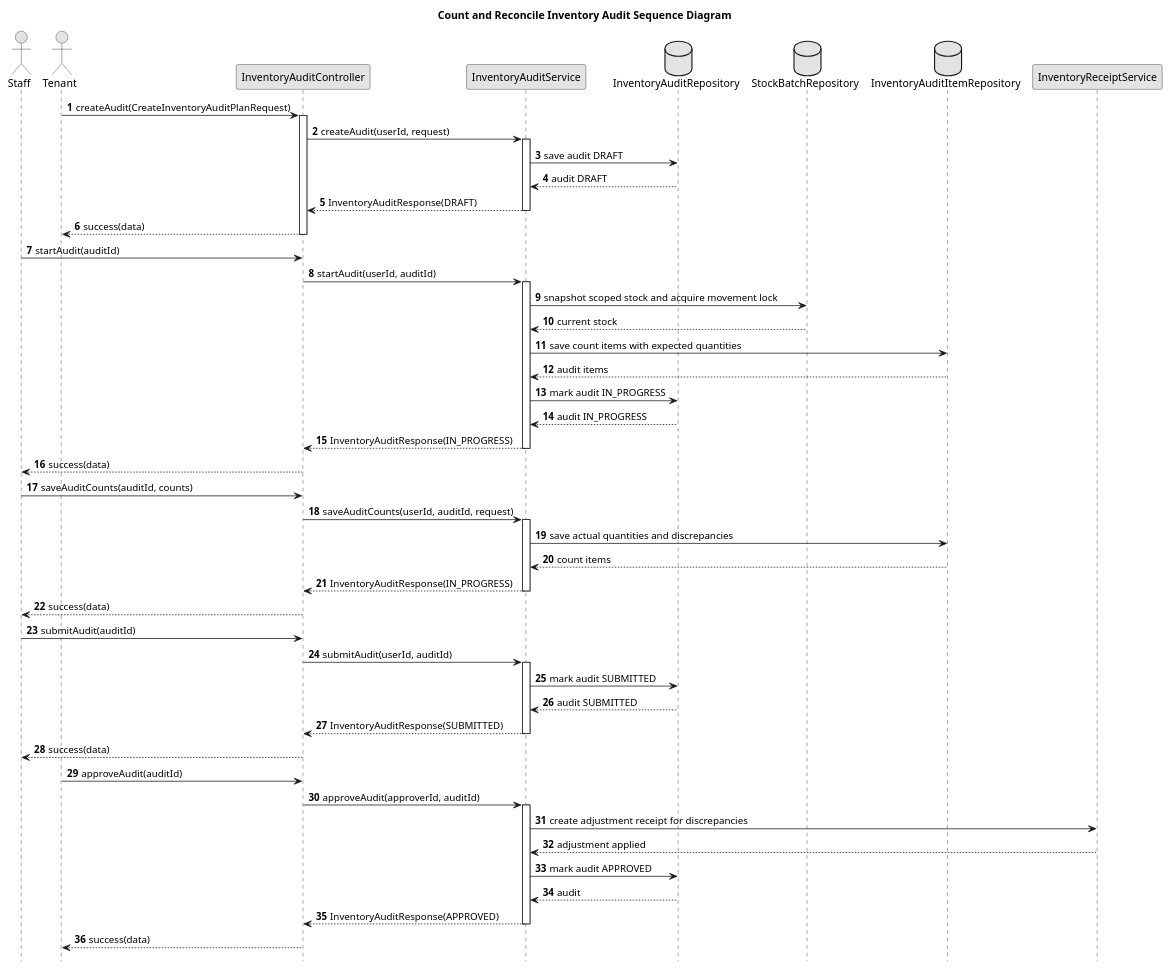
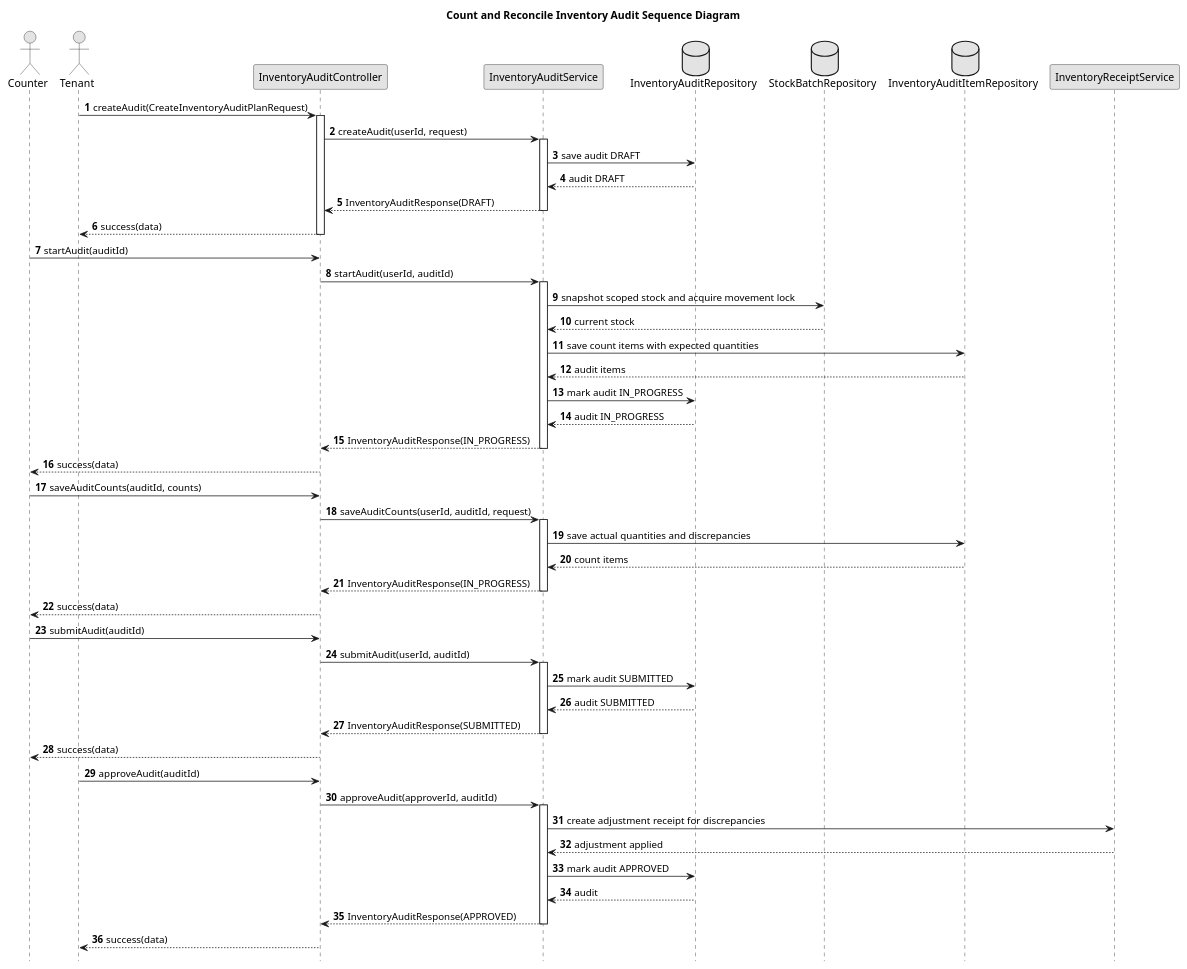
One commit to vinhleechem/StockSpace_BE changed the second of 3 diagrams in docs/review3/diagrams/inventory-audit.md. Above: the diagram before and after it, drawn with PlantUML. The commit also changed other lines of this file and 2 other files, not shown here.

Commit message:
fix: tenant cannot  update

````diff
--- a/docs/review3/diagrams/inventory-audit.md
+++ b/docs/review3/diagrams/inventory-audit.md
@@ -69,72 +77,72 @@
 ```plantuml
 @startuml
 title Count and Reconcile Inventory Audit Sequence Diagram
 skinparam monochrome true
 skinparam shadowing false
 skinparam backgroundColor transparent
 hide footbox
 autonumber
 
-actor Staff
+actor Counter
 actor Tenant
 participant "InventoryAuditController" as Controller
 participant "InventoryAuditService" as Service
 database "InventoryAuditRepository" as AuditRepo
 database "StockBatchRepository" as StockRepo
 database "InventoryAuditItemRepository" as ItemRepo
 participant "InventoryReceiptService" as ReceiptService
 
 Tenant -> Controller: createAudit(CreateInventoryAuditPlanRequest)
 activate Controller
 Controller -> Service: createAudit(userId, request)
 activate Service
 Service -> AuditRepo: save audit DRAFT
 AuditRepo --> Service: audit DRAFT
 Service --> Controller: InventoryAuditResponse(DRAFT)
 deactivate Service
 Controller --> Tenant: success(data)
 deactivate Controller
 
-Staff -> Controller: startAudit(auditId)
+Counter -> Controller: startAudit(auditId)
 Controller -> Service: startAudit(userId, auditId)
 activate Service
 Service -> StockRepo: snapshot scoped stock and acquire movement lock
 StockRepo --> Service: current stock
 Service -> ItemRepo: save count items with expected quantities
 ItemRepo --> Service: audit items
 Service -> AuditRepo: mark audit IN_PROGRESS
 AuditRepo --> Service: audit IN_PROGRESS
 Service --> Controller: InventoryAuditResponse(IN_PROGRESS)
 deactivate Service
-Controller --> Staff: success(data)
+Controller --> Counter: success(data)
 
-Staff -> Controller: saveAuditCounts(auditId, counts)
+Counter -> Controller: saveAuditCounts(auditId, counts)
 Controller -> Service: saveAuditCounts(userId, auditId, request)
 activate Service
 Service -> ItemRepo: save actual quantities and discrepancies
 ItemRepo --> Service: count items
 Service --> Controller: InventoryAuditResponse(IN_PROGRESS)
 deactivate Service
-Controller --> Staff: success(data)
+Controller --> Counter: success(data)
 
-Staff -> Controller: submitAudit(auditId)
+Counter -> Controller: submitAudit(auditId)
 Controller -> Service: submitAudit(userId, auditId)
 activate Service
 Service -> AuditRepo: mark audit SUBMITTED
 AuditRepo --> Service: audit SUBMITTED
 Service --> Controller: InventoryAuditResponse(SUBMITTED)
 deactivate Service
-Controller --> Staff: success(data)
+Controller --> Counter: success(data)
 
 Tenant -> Controller: approveAudit(auditId)
 Controller -> Service: approveAudit(approverId, auditId)
 activate Service
 Service -> ReceiptService: create adjustment receipt for discrepancies
 ReceiptService --> Service: adjustment applied
 Service -> AuditRepo: mark audit APPROVED
 AuditRepo --> Service: audit
 Service --> Controller: InventoryAuditResponse(APPROVED)
 deactivate Service
 Controller --> Tenant: success(data)
 @enduml
 ```
````
